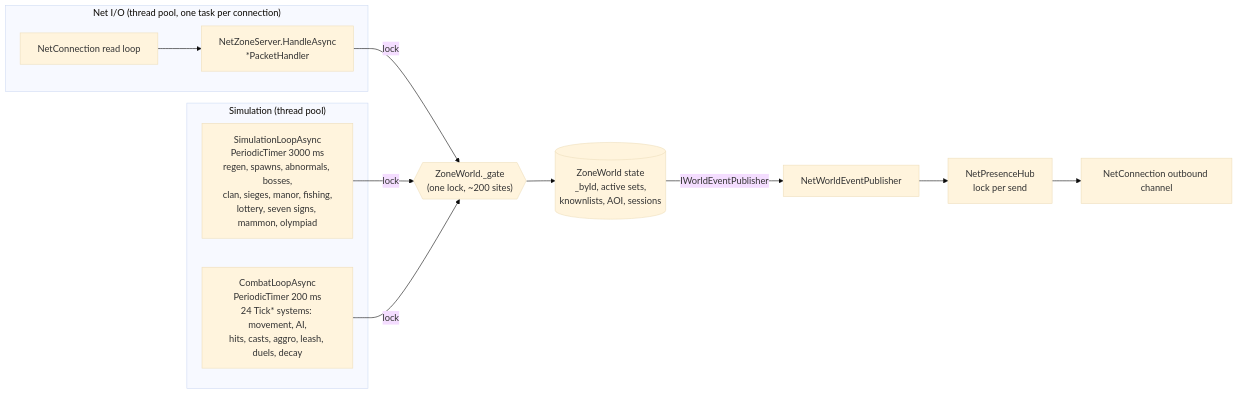
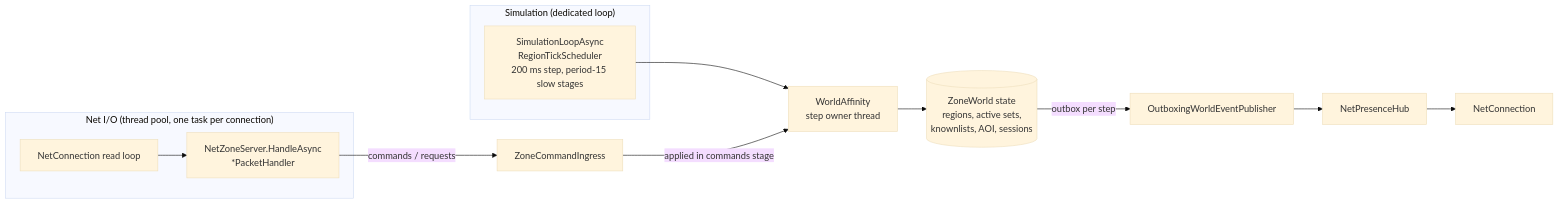
One commit to FioraSolutions/Fineage-Backend changed the first of 6 diagrams in docs/architecture/zone-simulation.md. Above: the diagram before and after it, drawn with Mermaid (base theme). The commit also changed other lines of this file and 1 other file, not shown here.

First line of the commit message:
P2-22: refresh zone-simulation.md for steps 1–12 shipped

````diff
--- a/docs/architecture/zone-simulation.md
+++ b/docs/architecture/zone-simulation.md
@@ -38,17 +39,16 @@
 ```mermaid
 flowchart LR
     subgraph IO["Net I/O (thread pool, one task per connection)"]
         C1[NetConnection read loop] --> H1[NetZoneServer.HandleAsync<br/>*PacketHandler]
     end
-    subgraph SIM["Simulation (thread pool)"]
-        S[SimulationLoopAsync<br/>PeriodicTimer 3000 ms<br/>regen, spawns, abnormals, bosses,<br/>clan, sieges, manor, fishing,<br/>lottery, seven signs, mammon, olympiad]
-        K[CombatLoopAsync<br/>PeriodicTimer 200 ms<br/>24 Tick* systems: movement, AI,<br/>hits, casts, aggro, leash, duels, decay]
+    subgraph SIM["Simulation (dedicated loop)"]
+        S[SimulationLoopAsync<br/>RegionTickScheduler<br/>200 ms step, period-15 slow stages]
     end
-    G{{"ZoneWorld._gate<br/>(one lock, ~200 sites)"}}
-    W[(ZoneWorld state<br/>_byId, active sets,<br/>knownlists, AOI, sessions)]
-    H1 -->|lock| G
-    S -->|lock| G
-    K -->|lock| G
-    G --> W
-    W -->|IWorldEventPublisher| P[NetWorldEventPublisher] --> HUB[NetPresenceHub<br/>lock per send] --> OUT[NetConnection outbound channel]
+    ING[ZoneCommandIngress]
+    AFF[WorldAffinity<br/>step owner thread]
+    W[(ZoneWorld state<br/>regions, active sets,<br/>knownlists, AOI, sessions)]
+    H1 -->|commands / requests| ING
+    S --> AFF --> W
+    ING -->|applied in commands stage| AFF
+    W -->|outbox per step| P[OutboxingWorldEventPublisher] --> HUB[NetPresenceHub] --> OUT[NetConnection]
 ```
````
